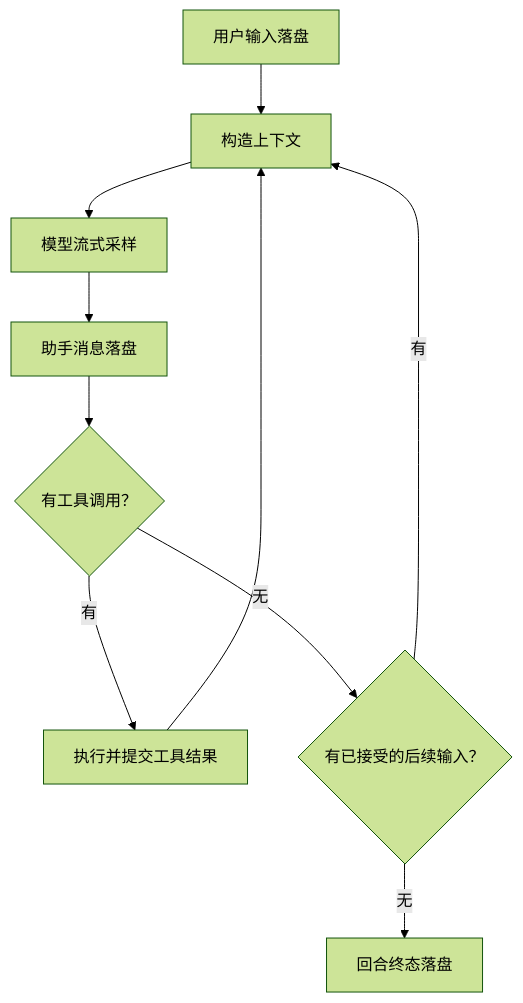
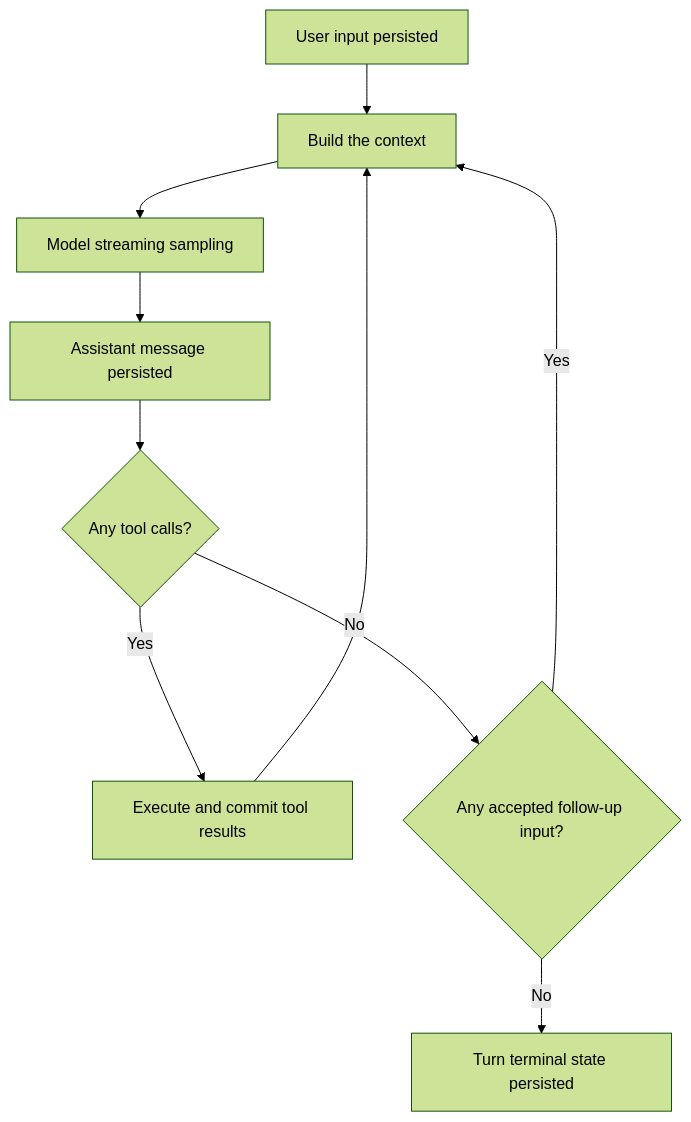
Before and after one commit to Azzurroooo/rind: the diagram in docs/internals/01-runtime/turn-loop.md, drawn with Mermaid (forest theme). The commit also changed other lines of this file and 109 other files, not shown here.

```diff
--- a/docs/internals/01-runtime/turn-loop.md
+++ b/docs/internals/01-runtime/turn-loop.md
@@ -5,12 +7,12 @@
 ~~~mermaid
 flowchart TD
-    U["用户输入落盘"] --> B["构造上下文"]
-    B --> M["模型流式采样"]
-    M --> A["助手消息落盘"]
-    A --> Q{"有工具调用？"}
-    Q -->|"有"| T["执行并提交工具结果"]
+    U["User input persisted"] --> B["Build the context"]
+    B --> M["Model streaming sampling"]
+    M --> A["Assistant message persisted"]
+    A --> Q{"Any tool calls?"}
+    Q -->|"Yes"| T["Execute and commit tool results"]
     T --> B
-    Q -->|"无"| I{"有已接受的后续输入？"}
-    I -->|"有"| B
-    I -->|"无"| E["回合终态落盘"]
+    Q -->|"No"| I{"Any accepted follow-up input?"}
+    I -->|"Yes"| B
+    I -->|"No"| E["Turn terminal state persisted"]
 ~~~
```
